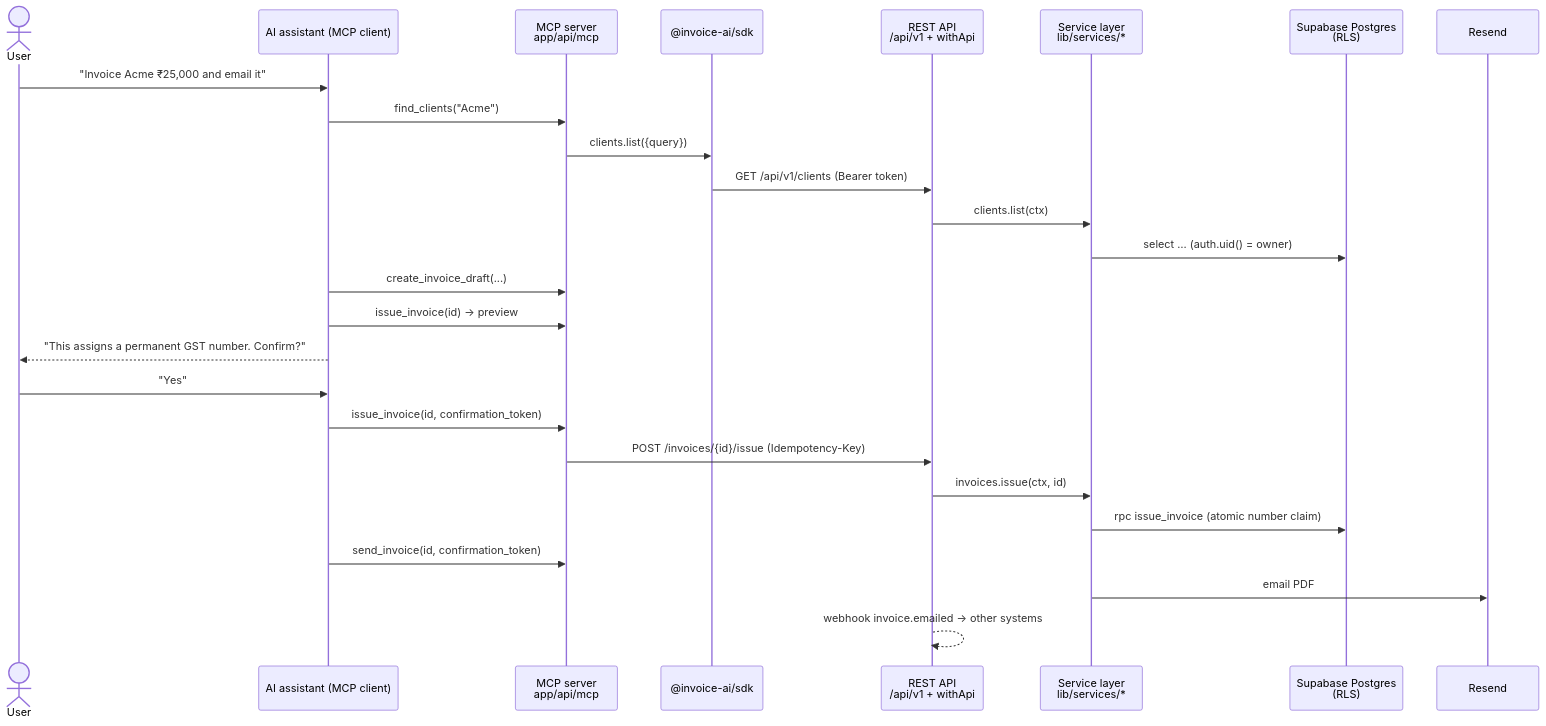
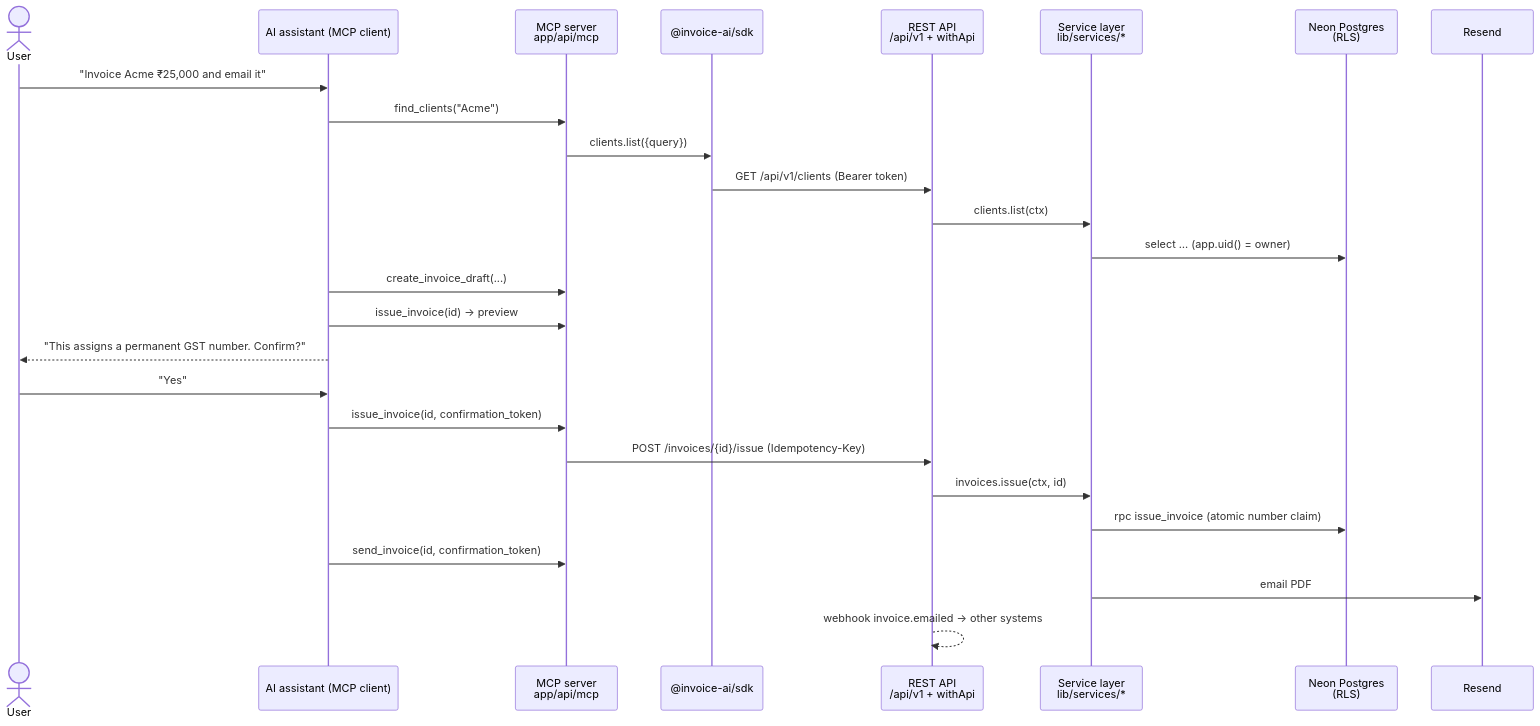
One commit to navdeepyadav19/invoice-ai changed the first of 2 diagrams in docs/platform/README.md. Above: the diagram before and after it, drawn with Mermaid. The commit also changed other lines of this file and 151 other files, not shown here.

First line of the commit message:
feat: move the backend from Supabase to Neon (Postgres + Neon Auth)

````diff
--- a/docs/platform/README.md
+++ b/docs/platform/README.md
@@ -36,29 +36,29 @@
 ```mermaid
 sequenceDiagram
     actor User
     participant Claude as AI assistant (MCP client)
     participant MCP as MCP server<br/>app/api/mcp
     participant SDK as @invoice-ai/sdk
     participant API as REST API<br/>/api/v1 + withApi
     participant Svc as Service layer<br/>lib/services/*
-    participant DB as Supabase Postgres<br/>(RLS)
+    participant DB as Neon Postgres<br/>(RLS)
     participant Mail as Resend
 
     User->>Claude: "Invoice Acme ₹25,000 and email it"
     Claude->>MCP: find_clients("Acme")
     MCP->>SDK: clients.list({query})
     SDK->>API: GET /api/v1/clients (Bearer token)
     API->>Svc: clients.list(ctx)
-    Svc->>DB: select … (auth.uid() = owner)
+    Svc->>DB: select … (app.uid() = owner)
     Claude->>MCP: create_invoice_draft(...)
     Claude->>MCP: issue_invoice(id) → preview
     Claude-->>User: "This assigns a permanent GST number. Confirm?"
     User->>Claude: "Yes"
     Claude->>MCP: issue_invoice(id, confirmation_token)
     MCP->>API: POST /invoices/{id}/issue (Idempotency-Key)
     API->>Svc: invoices.issue(ctx, id)
     Svc->>DB: rpc issue_invoice (atomic number claim)
     Claude->>MCP: send_invoice(id, confirmation_token)
     Svc->>Mail: email PDF
     API-->>API: webhook invoice.emailed → other systems
 ```
````
